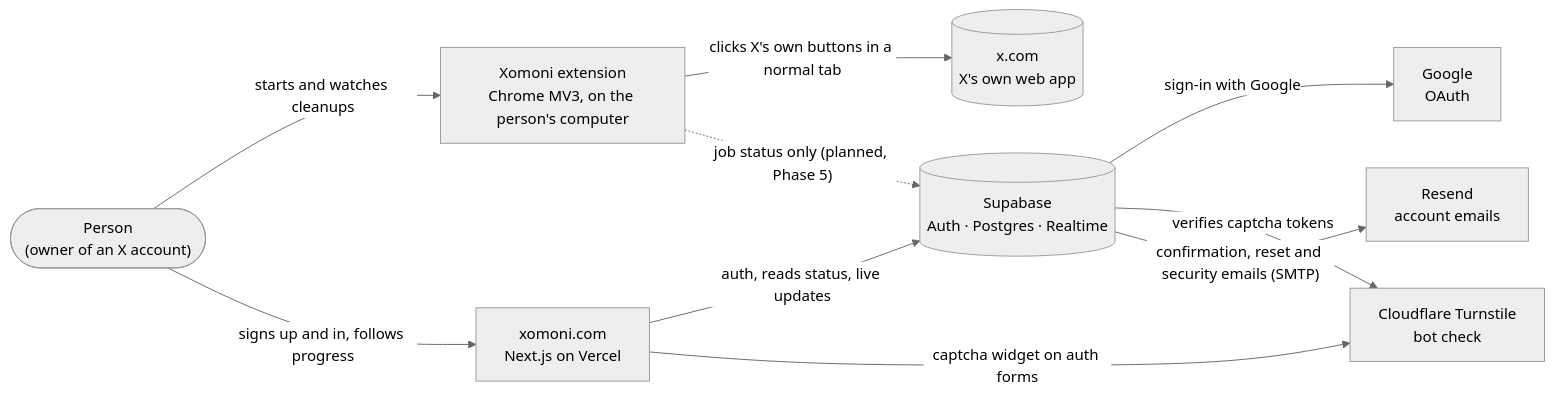
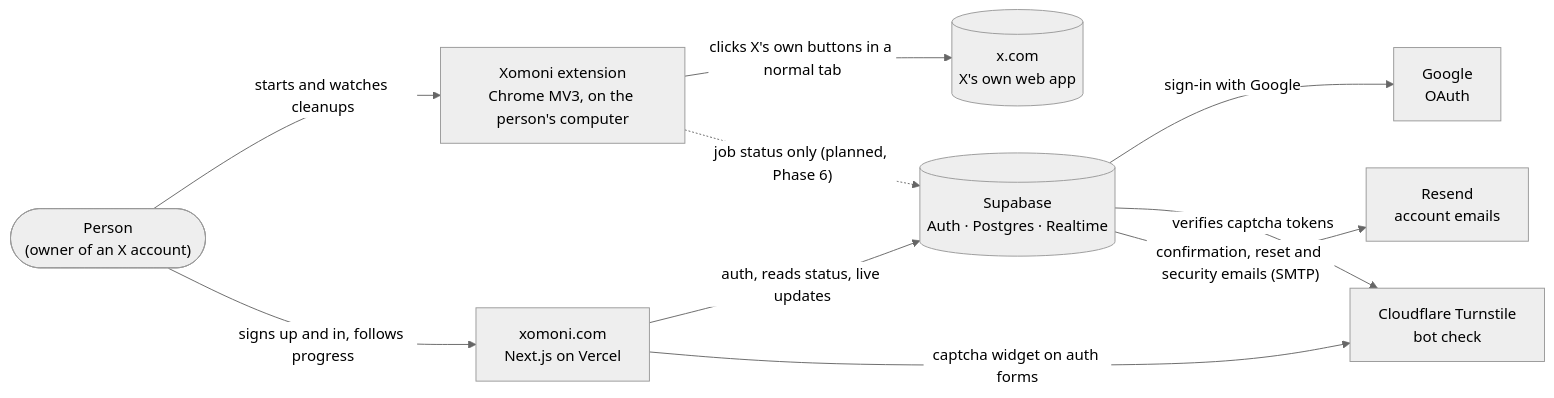
One commit to pirdehi/xomoni changed the first of 5 diagrams in docs/ARCHITECTURE.md. Above: the diagram before and after it, drawn with Mermaid (neutral theme).

Commit message:
Renumber the cloud-sync phase after moving extension work last (#75)
The website and cloud phase now comes before every extension phase, so
the extension's cloud sync is Phase 6.

````diff
--- a/docs/ARCHITECTURE.md
+++ b/docs/ARCHITECTURE.md
@@ -19,21 +19,21 @@
 ```mermaid
 flowchart LR
   person(["Person<br/>(owner of an X account)"])
   ext["Xomoni extension<br/>Chrome MV3, on the person's computer"]
   web["xomoni.com<br/>Next.js on Vercel"]
   x[("x.com<br/>X's own web app")]
   sb[("Supabase<br/>Auth · Postgres · Realtime")]
   google["Google<br/>OAuth"]
   resend["Resend<br/>account emails"]
   turnstile["Cloudflare Turnstile<br/>bot check"]
 
   person -- "starts and watches cleanups" --> ext
   person -- "signs up and in, follows progress" --> web
   ext -- "clicks X's own buttons in a normal tab" --> x
-  ext -. "job status only (planned, Phase 5)" .-> sb
+  ext -. "job status only (planned, Phase 6)" .-> sb
   web -- "auth, reads status, live updates" --> sb
   web -- "captcha widget on auth forms" --> turnstile
   sb -- "sign-in with Google" --> google
   sb -- "verifies captcha tokens" --> turnstile
   sb -- "confirmation, reset and security emails (SMTP)" --> resend
 ```
````
